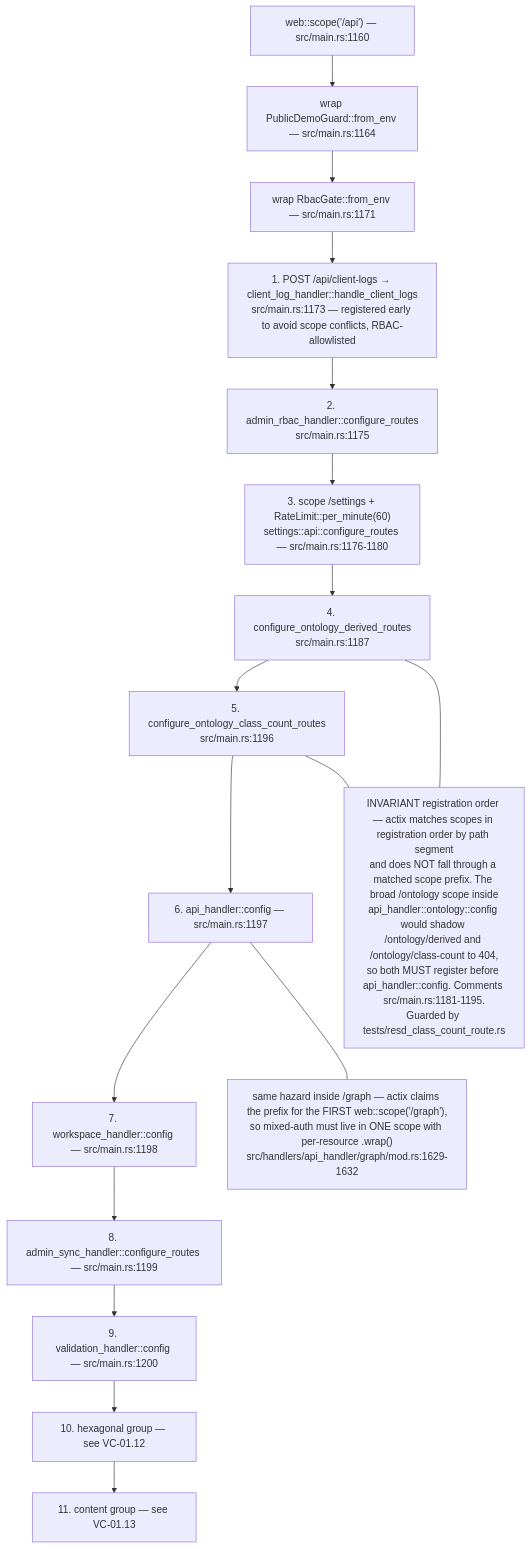
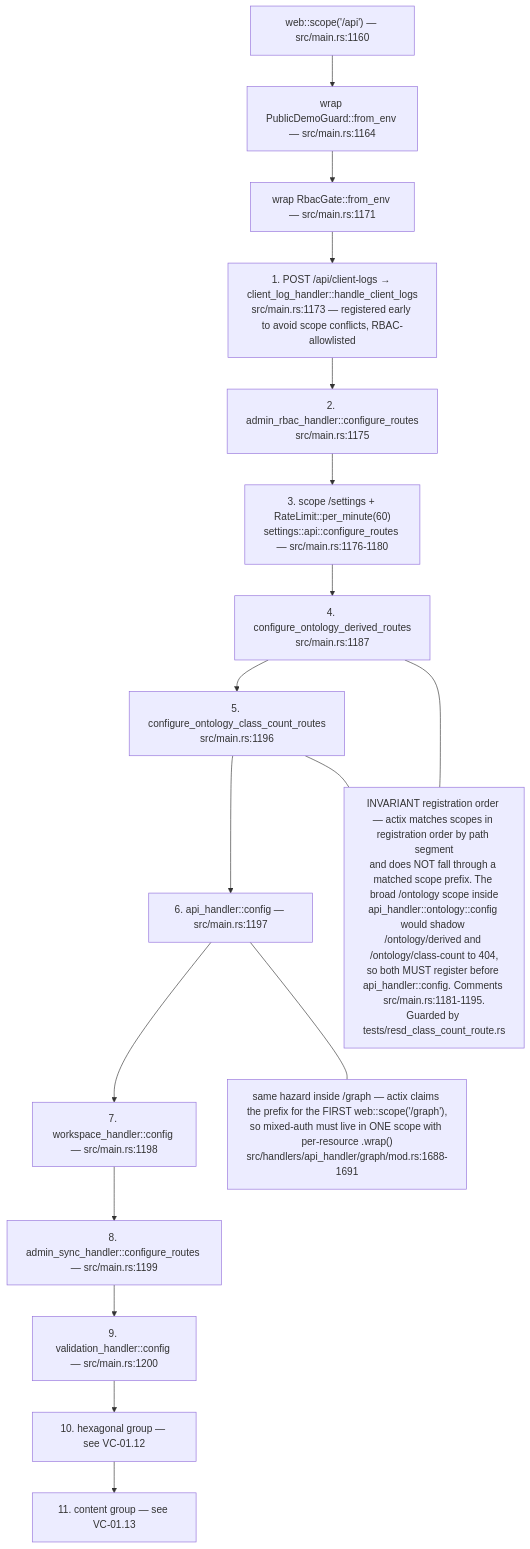
One commit to DreamLab-AI/VisionFlow changed the eighth of 13 diagrams in docs/diagrams/visionclaw/01-boot-and-app-state.md. Above: the diagram before and after it, drawn with Mermaid. The commit also changed other lines of this file and 81 other files, not shown here.

First line of the commit message:
docs(diagrams): roll VisionClaw topics to main 010e1109b (PR 37 and 38 merged); fix remaining prose citations

````diff
--- a/docs/diagrams/visionclaw/01-boot-and-app-state.md
+++ b/docs/diagrams/visionclaw/01-boot-and-app-state.md
@@ -396,22 +396,22 @@
 ```mermaid
 flowchart TB
     S["web::scope('/api') — src/main.rs:1160"]
     S --> G1["wrap PublicDemoGuard::from_env — src/main.rs:1164"]
     G1 --> G2["wrap RbacGate::from_env — src/main.rs:1171"]
     G2 --> R1["1. POST /api/client-logs → client_log_handler::handle_client_logs<br/>src/main.rs:1173 — registered early to avoid scope conflicts, RBAC-allowlisted"]
     R1 --> R2["2. admin_rbac_handler::configure_routes<br/>src/main.rs:1175"]
     R2 --> R3["3. scope /settings + RateLimit::per_minute(60)<br/>settings::api::configure_routes — src/main.rs:1176-1180"]
     R3 --> R4["4. configure_ontology_derived_routes<br/>src/main.rs:1187"]
     R4 --> R5["5. configure_ontology_class_count_routes<br/>src/main.rs:1196"]
     R5 --> R6["6. api_handler::config — src/main.rs:1197"]
     R6 --> R7["7. workspace_handler::config — src/main.rs:1198"]
     R7 --> R8["8. admin_sync_handler::configure_routes — src/main.rs:1199"]
     R8 --> R9["9. validation_handler::config — src/main.rs:1200"]
     R9 --> R10["10. hexagonal group — see VC-01.12"]
     R10 --> R11["11. content group — see VC-01.13"]
     ORD["INVARIANT registration order — actix matches scopes in registration order by path segment<br/>and does NOT fall through a matched scope prefix. The broad /ontology scope inside<br/>api_handler::ontology::config would shadow /ontology/derived and /ontology/class-count to 404,<br/>so both MUST register before api_handler::config. Comments src/main.rs:1181-1195.<br/>Guarded by tests/resd_class_count_route.rs"]
     R4 --- ORD
     R5 --- ORD
-    ORD2["same hazard inside /graph — actix claims the prefix for the FIRST web::scope('/graph'),<br/>so mixed-auth must live in ONE scope with per-resource .wrap()<br/>src/handlers/api_handler/graph/mod.rs:1629-1632"]
+    ORD2["same hazard inside /graph — actix claims the prefix for the FIRST web::scope('/graph'),<br/>so mixed-auth must live in ONE scope with per-resource .wrap()<br/>src/handlers/api_handler/graph/mod.rs:1688-1691"]
     R6 --- ORD2
 ```
````
